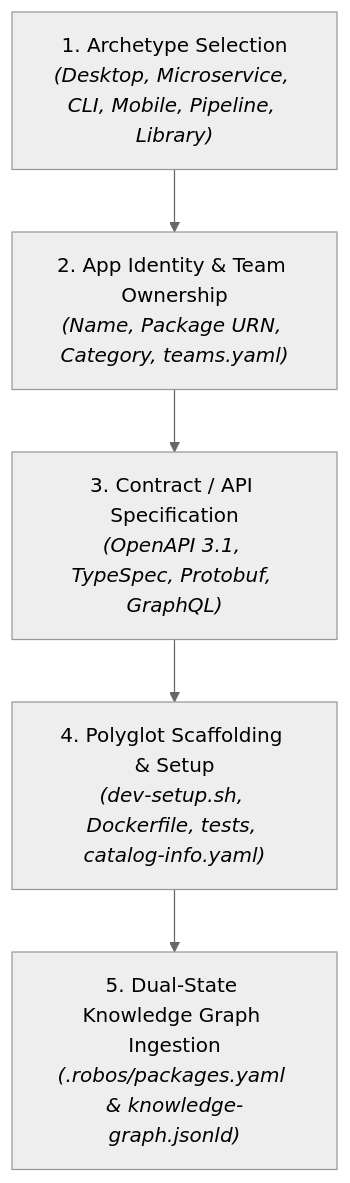
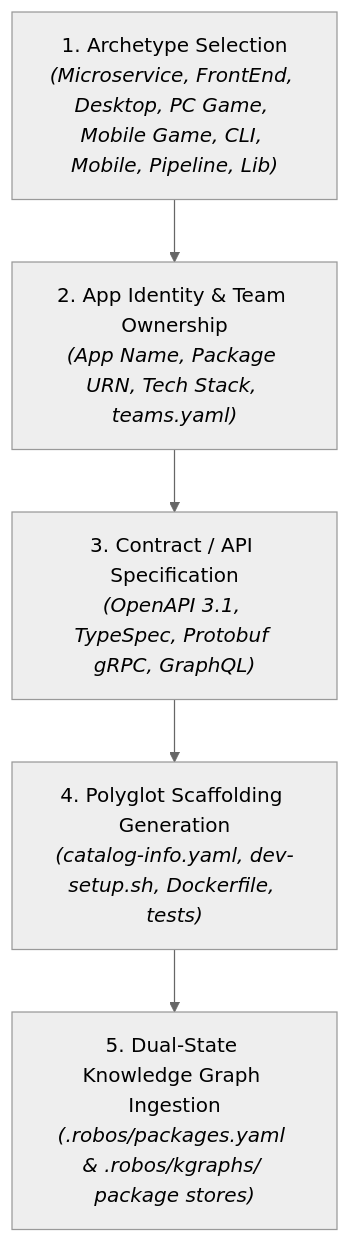
One commit to nddipiazza/robos changed the diagram in docs/new-app-wizard.md. Above: the diagram before and after it, drawn with Mermaid (neutral theme). The commit also changed other lines of this file and 98 other files, not shown here.

Commit message:
feat: multi-package kgraph, devops wizards, company import skill, docs overhaul, and ai flowcharts

````diff
--- a/docs/new-app-wizard.md
+++ b/docs/new-app-wizard.md
@@ -27,10 +27,10 @@
 ```mermaid
 flowchart TD
-    Arch["1. Archetype Selection<br/><i>(Desktop, Microservice, CLI, Mobile, Pipeline, Library)</i>"]
-    Meta["2. App Identity & Team Ownership<br/><i>(Name, Package URN, Category, teams.yaml)</i>"]
-    Spec["3. Contract / API Specification<br/><i>(OpenAPI 3.1, TypeSpec, Protobuf, GraphQL)</i>"]
-    Scaff["4. Polyglot Scaffolding & Setup<br/><i>(dev-setup.sh, Dockerfile, tests, catalog-info.yaml)</i>"]
-    Sync["5. Dual-State Knowledge Graph Ingestion<br/><i>(.robos/packages.yaml & knowledge-graph.jsonld)</i>"]
+    Arch["1. Archetype Selection<br/><i>(Microservice, FrontEnd, Desktop, PC Game, Mobile Game, CLI, Mobile, Pipeline, Lib)</i>"]
+    Meta["2. App Identity & Team Ownership<br/><i>(App Name, Package URN, Tech Stack, teams.yaml)</i>"]
+    Spec["3. Contract / API Specification<br/><i>(OpenAPI 3.1, TypeSpec, Protobuf gRPC, GraphQL)</i>"]
+    Scaff["4. Polyglot Scaffolding Generation<br/><i>(catalog-info.yaml, dev-setup.sh, Dockerfile, tests)</i>"]
+    Sync["5. Dual-State Knowledge Graph Ingestion<br/><i>(.robos/packages.yaml & .robos/kgraphs/ package stores)</i>"]
 
     Arch --> Meta --> Spec --> Scaff --> Sync
 ```
````
